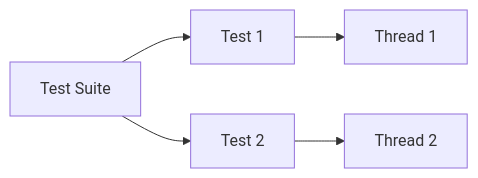
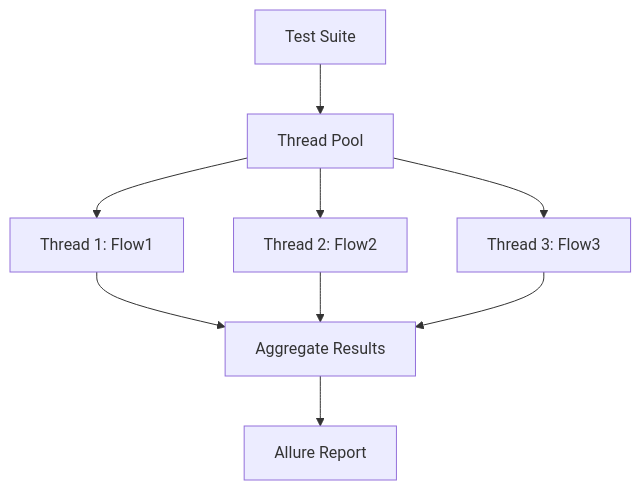
One commit to PramodDutta/APIAutomationFramworkATB15x changed the seventh of 9 diagrams in README.md. Above: the diagram before and after it, drawn with Mermaid. The commit also changed other lines of this file and 19 other files, not shown here.

First line of the commit message:
Add E2E integration test flows, Log4j logging, and Jenkinsfile

````diff
--- a/README.md
+++ b/README.md
@@ -265,7 +411,9 @@
 ```mermaid
-graph LR
-    A[Test Suite] --> B[Test 1]
-    A --> C[Test 2]
-    B --> D[Thread 1]
-    C --> E[Thread 2]
+graph TD
+    A[Test Suite] --> B[Thread Pool]
+    B --> C[Thread 1: Flow1]
+    B --> D[Thread 2: Flow2]
+    B --> E[Thread 3: Flow3]
+    C & D & E --> F[Aggregate Results]
+    F --> G[Allure Report]
 ```
````
